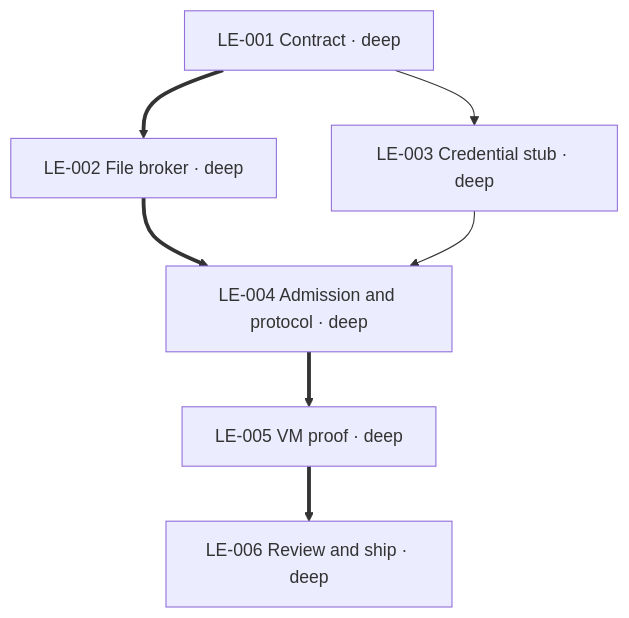
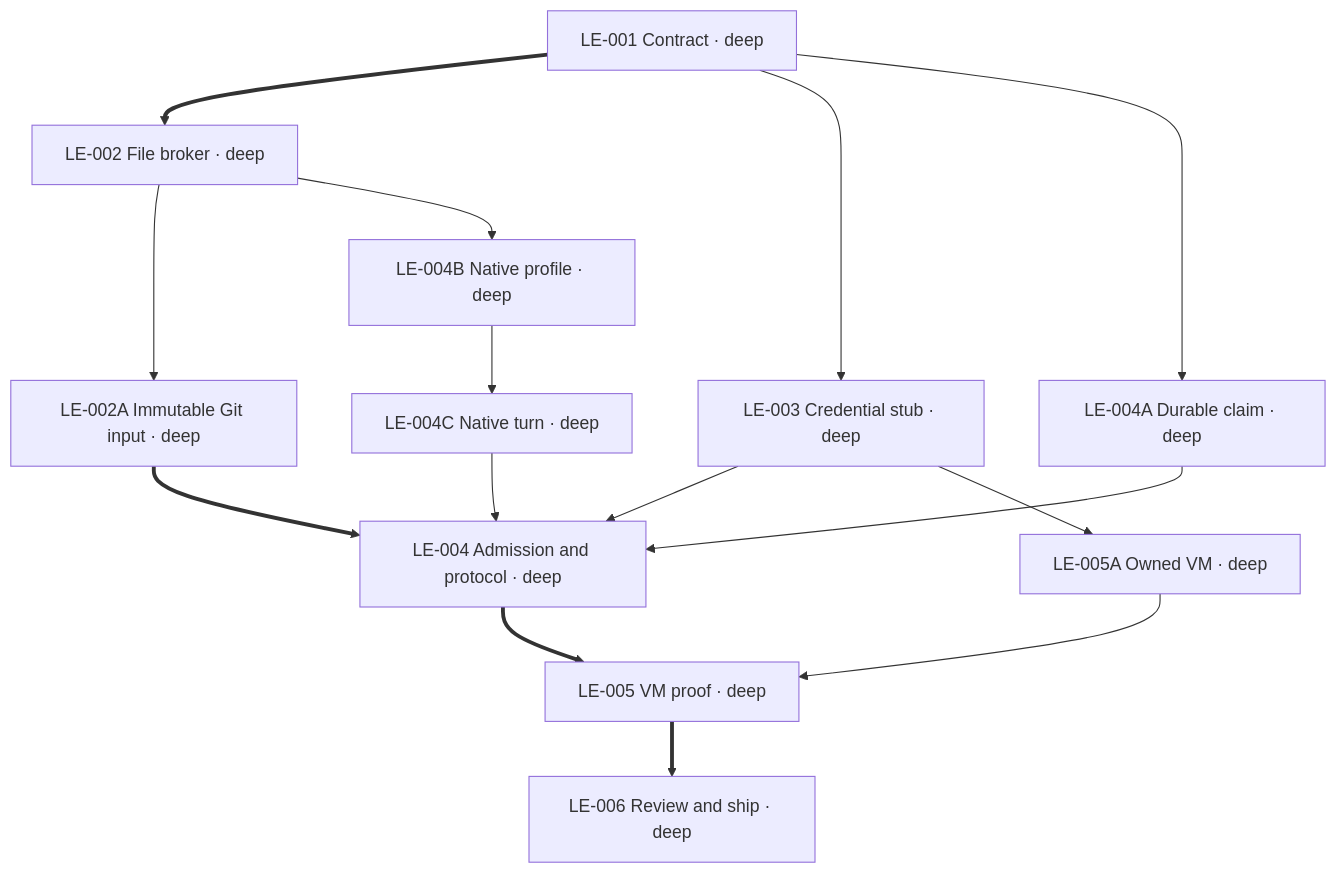
Before and after one commit to vu1n/pillbox: the diagram in docs/local-repository-execution-PLAN.md, drawn with Mermaid. The commit also changed other lines of this file and 3 other files, not shown here.

````diff
--- a/docs/local-repository-execution-PLAN.md
+++ b/docs/local-repository-execution-PLAN.md
@@ -140,9 +262,17 @@
 ```mermaid
 flowchart TD
   LE_001["LE-001 Contract · deep"] ==> LE_002["LE-002 File broker · deep"]
   LE_001 --> LE_003["LE-003 Credential stub · deep"]
-  LE_002 ==> LE_004["LE-004 Admission and protocol · deep"]
+  LE_002 --> LE_002A["LE-002A Immutable Git input · deep"]
+  LE_001 --> LE_004A["LE-004A Durable claim · deep"]
+  LE_002 --> LE_004B["LE-004B Native profile · deep"]
+  LE_002A ==> LE_004["LE-004 Admission and protocol · deep"]
   LE_003 --> LE_004
+  LE_004A --> LE_004
+  LE_004B --> LE_004C["LE-004C Native turn · deep"]
+  LE_004C --> LE_004
   LE_004 ==> LE_005["LE-005 VM proof · deep"]
+  LE_003 --> LE_005A["LE-005A Owned VM · deep"]
+  LE_005A --> LE_005
   LE_005 ==> LE_006["LE-006 Review and ship · deep"]
 ```
````
